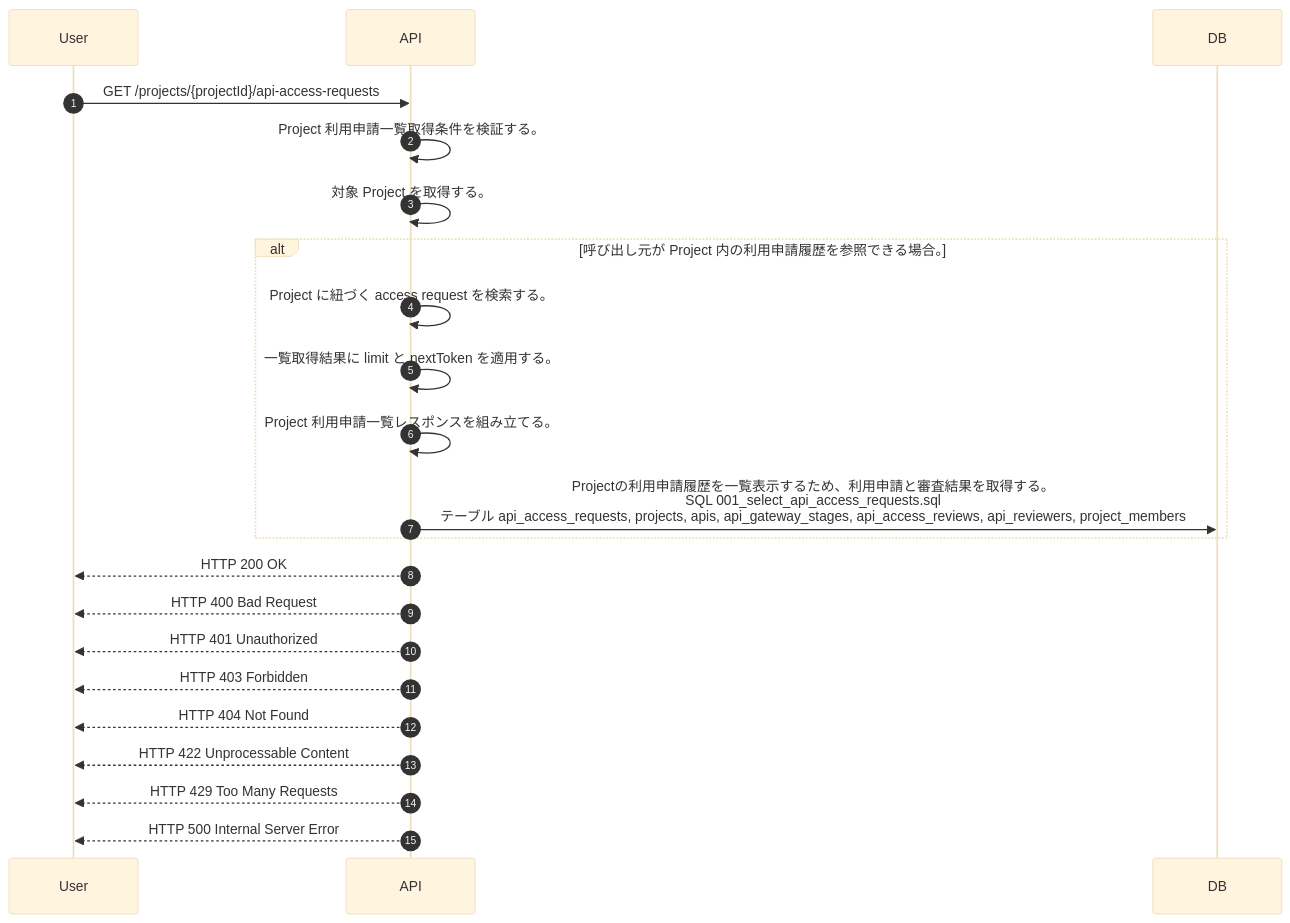
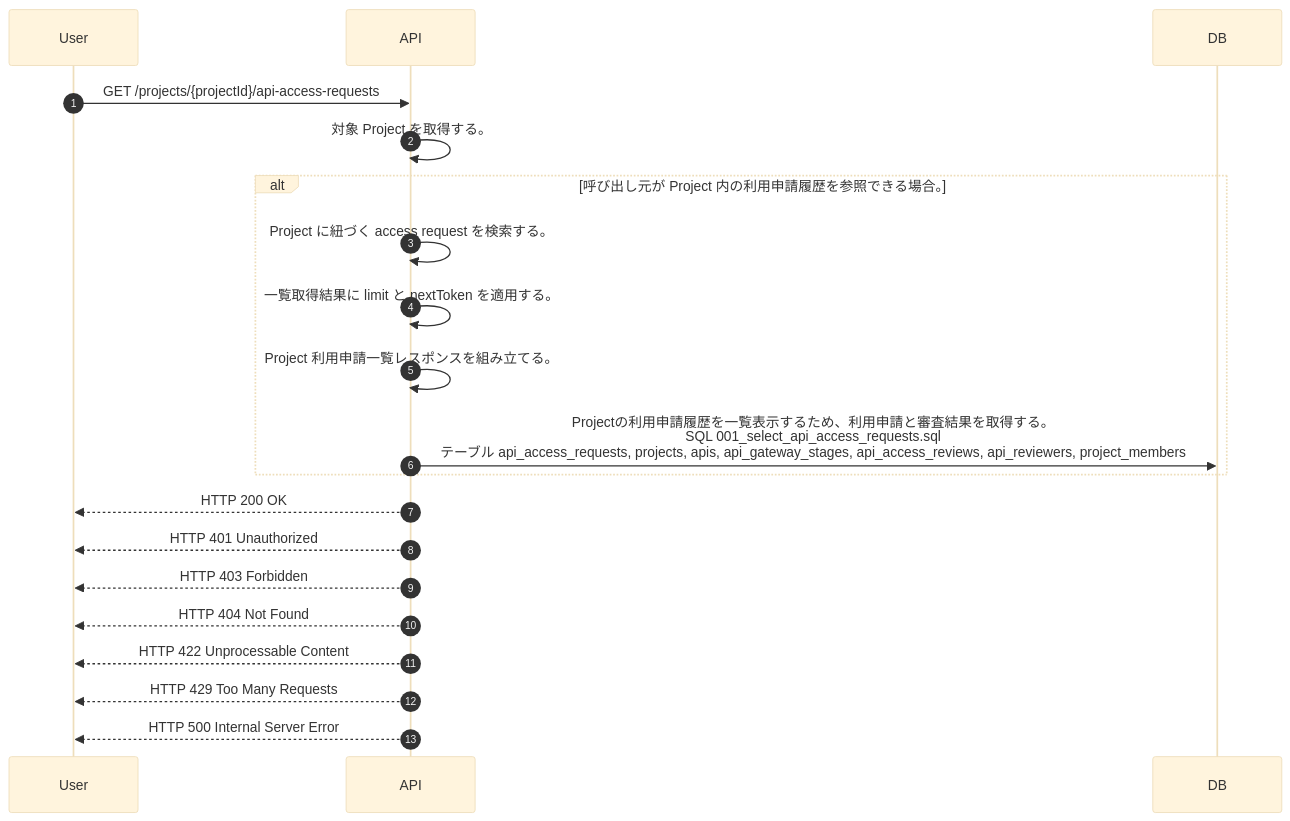
One commit to tsuji-tomonori/lazunex changed the diagram in docs/spec/40.apis/projects/list_project_api_access_requests/sequence_gen.md. Above: the diagram before and after it, drawn with Mermaid (base theme). The commit also changed 39 other files, not shown here.

````diff
--- a/docs/spec/40.apis/projects/list_project_api_access_requests/sequence_gen.md
+++ b/docs/spec/40.apis/projects/list_project_api_access_requests/sequence_gen.md
@@ -5,24 +5,22 @@
 ```mermaid
 sequenceDiagram
   autonumber
   participant User as User
   participant API as API
   participant DB as DB
   User->>API: GET /projects/{projectId}/api-access-requests
-  API->>API: Project 利用申請一覧取得条件を検証する。
   API->>API: 対象 Project を取得する。
   alt 呼び出し元が Project 内の利用申請履歴を参照できる場合。
     API->>API: Project に紐づく access request を検索する。
     API->>API: 一覧取得結果に limit と nextToken を適用する。
     API->>API: Project 利用申請一覧レスポンスを組み立てる。
     API->>DB: Projectの利用申請履歴を一覧表示するため、利用申請と審査結果を取得する。<br/>SQL 001_select_api_access_requests.sql<br/>テーブル api_access_requests, projects, apis, api_gateway_stages, api_access_reviews, api_reviewers, project_members
   end
   API-->>User: HTTP 200 OK
-  API-->>User: HTTP 400 Bad Request
   API-->>User: HTTP 401 Unauthorized
   API-->>User: HTTP 403 Forbidden
   API-->>User: HTTP 404 Not Found
   API-->>User: HTTP 422 Unprocessable Content
   API-->>User: HTTP 429 Too Many Requests
   API-->>User: HTTP 500 Internal Server Error
 ```
````
